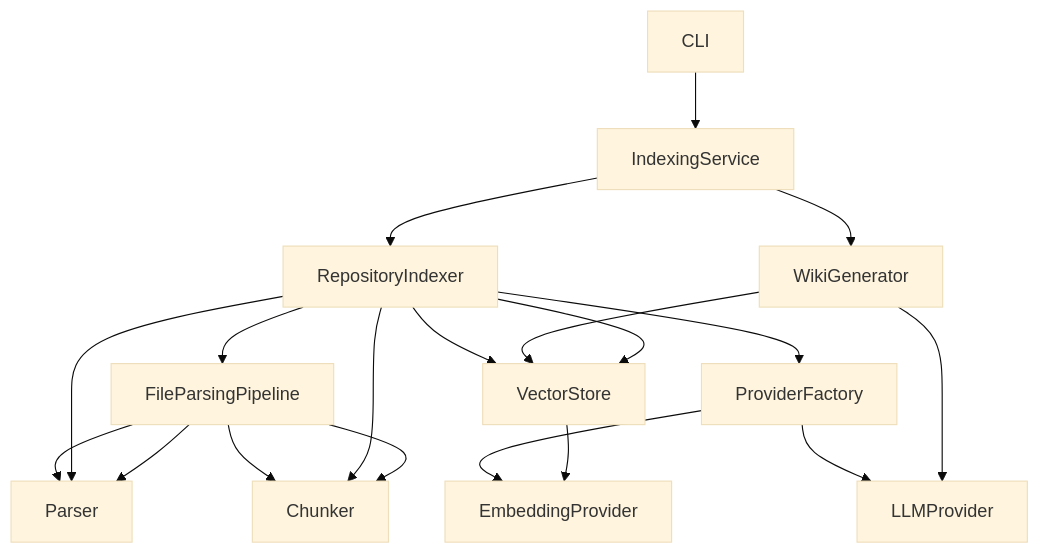
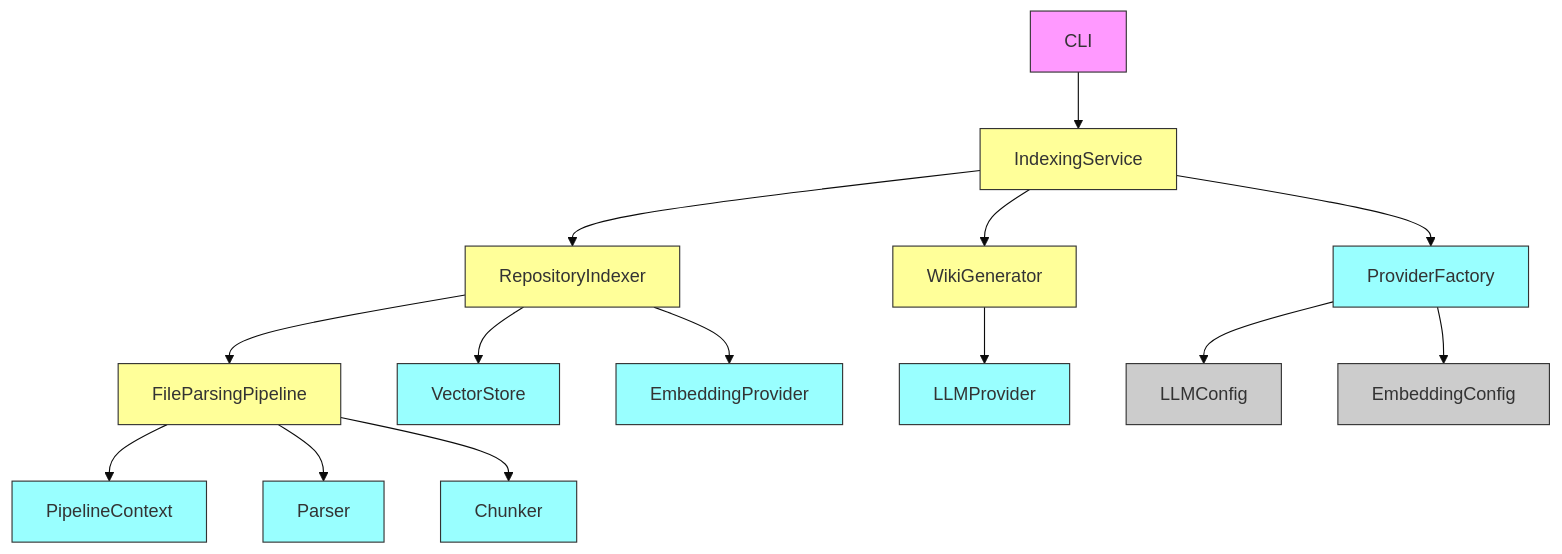
One commit to UrbanDiver/local-deepwiki-mcp changed the diagram in .deepwiki/architecture.md. Above: the diagram before and after it, drawn with Mermaid (base theme). The commit also changed other lines of this file and 67 other files, not shown here.

````diff
--- a/.deepwiki/architecture.md
+++ b/.deepwiki/architecture.md
@@ -46,21 +47,31 @@
 ```mermaid
 graph TD
     A[CLI] --> B[IndexingService]
     B --> C[RepositoryIndexer]
-    B --> D[WikiGenerator]
-    C --> E[FileParsingPipeline]
+    C --> D[FileParsingPipeline]
+    D --> E[PipelineContext]
     C --> F[VectorStore]
-    C --> G[ProviderFactory]
-    E --> H[Parser]
-    E --> I[Chunker]
-    G --> J[LLMProvider]
-    G --> K[EmbeddingProvider]
-    D --> J
-    D --> F
-    F --> K
-    C --> F
-    C --> H
-    C --> I
-    E --> H
-    E --> I
+    B --> G[WikiGenerator]
+    G --> H[LLMProvider]
+    B --> I[ProviderFactory]
+    I --> J[LLMConfig]
+    I --> K[EmbeddingConfig]
+    C --> L[EmbeddingProvider]
+    D --> M[Parser]
+    D --> N[Chunker]
+    
+    style A fill:#f9f,stroke:#333
+    style B fill:#ff9,stroke:#333
+    style C fill:#ff9,stroke:#333
+    style D fill:#ff9,stroke:#333
+    style E fill:#9ff,stroke:#333
+    style F fill:#9ff,stroke:#333
+    style G fill:#ff9,stroke:#333
+    style H fill:#9ff,stroke:#333
+    style I fill:#9ff,stroke:#333
+    style J fill:#ccc,stroke:#333
+    style K fill:#ccc,stroke:#333
+    style L fill:#9ff,stroke:#333
+    style M fill:#9ff,stroke:#333
+    style N fill:#9ff,stroke:#333
 ```
````
